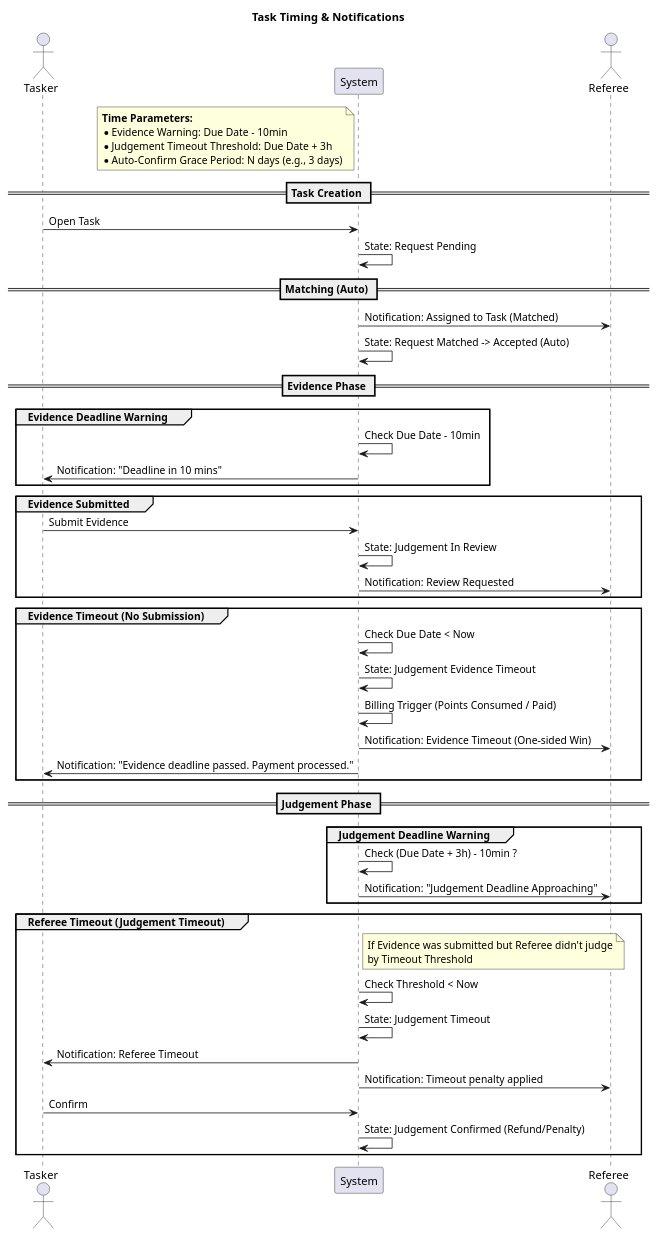
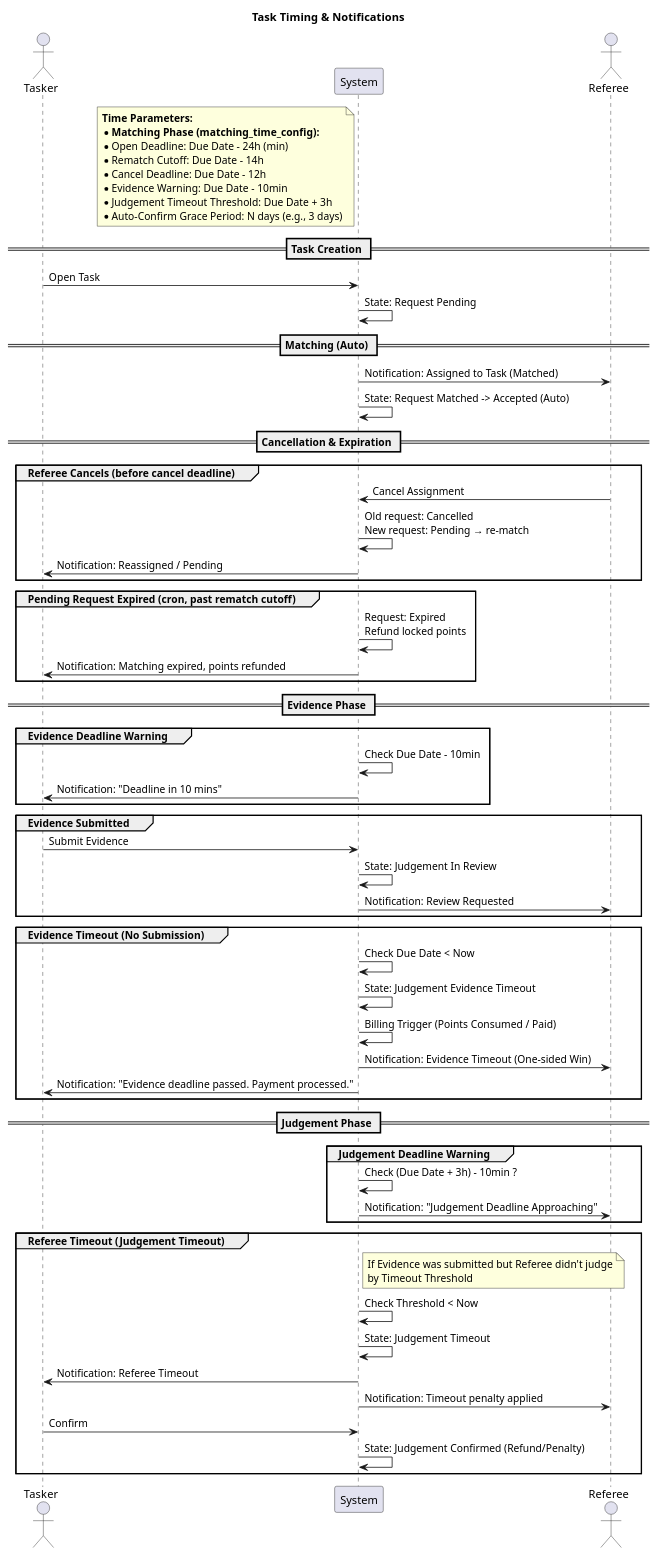
The diagram in developer-docs/modules/ROOT/examples/features/task/timing.pu (cloveclovedev/peppercheck), drawn with PlantUML before and after one commit. The commit also changed 40 other files, not shown here.

```diff
--- a/developer-docs/modules/ROOT/examples/features/task/timing.pu
+++ b/developer-docs/modules/ROOT/examples/features/task/timing.pu
@@ -1,63 +1,79 @@
 @startuml timing
 title Task Timing & Notifications
 
 actor Tasker
 participant System
 actor Referee
 
 note left of System
   **Time Parameters:**
+  * **Matching Phase (matching_time_config):**
+  * Open Deadline: Due Date - 24h (min)
+  * Rematch Cutoff: Due Date - 14h
+  * Cancel Deadline: Due Date - 12h
   * Evidence Warning: Due Date - 10min
   * Judgement Timeout Threshold: Due Date + 3h
   * Auto-Confirm Grace Period: N days (e.g., 3 days)
 end note
 
 == Task Creation ==
 Tasker -> System: Open Task
 System -> System: State: Request Pending
 
 == Matching (Auto) ==
 System -> Referee: Notification: Assigned to Task (Matched)
 System -> System: State: Request Matched -> Accepted (Auto)
+
+== Cancellation & Expiration ==
+group Referee Cancels (before cancel deadline)
+    Referee -> System: Cancel Assignment
+    System -> System: Old request: Cancelled\nNew request: Pending → re-match
+    System -> Tasker: Notification: Reassigned / Pending
+end
+
+group Pending Request Expired (cron, past rematch cutoff)
+    System -> System: Request: Expired\nRefund locked points
+    System -> Tasker: Notification: Matching expired, points refunded
+end
 
 == Evidence Phase ==
 group Evidence Deadline Warning
     System -> System: Check Due Date - 10min
     System -> Tasker: Notification: "Deadline in 10 mins"
 end
 
 group Evidence Submitted
     Tasker -> System: Submit Evidence
     System -> System: State: Judgement In Review
     System -> Referee: Notification: Review Requested
 end
 
 group Evidence Timeout (No Submission)
     System -> System: Check Due Date < Now
     System -> System: State: Judgement Evidence Timeout
     System -> System: Billing Trigger (Points Consumed / Paid)
     System -> Referee: Notification: Evidence Timeout (One-sided Win)
     System -> Tasker: Notification: "Evidence deadline passed. Payment processed."
 end
 
 == Judgement Phase ==
 group Judgement Deadline Warning
     System -> System: Check (Due Date + 3h) - 10min ?
     System -> Referee: Notification: "Judgement Deadline Approaching"
 end
 
 group Referee Timeout (Judgement Timeout)
     note right of System
       If Evidence was submitted but Referee didn't judge
       by Timeout Threshold
     end note
     System -> System: Check Threshold < Now
     System -> System: State: Judgement Timeout
     System -> Tasker: Notification: Referee Timeout
     System -> Referee: Notification: Timeout penalty applied
     
     Tasker -> System: Confirm
     System -> System: State: Judgement Confirmed (Refund/Penalty)
 end
 
 @enduml
```
